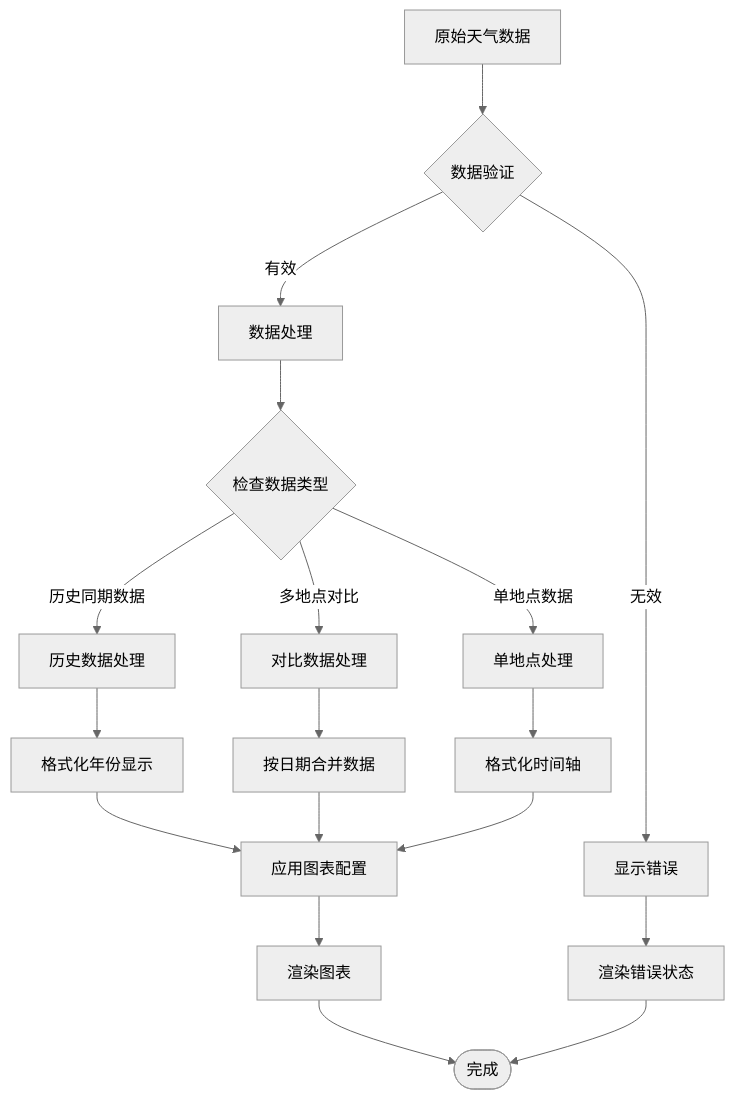
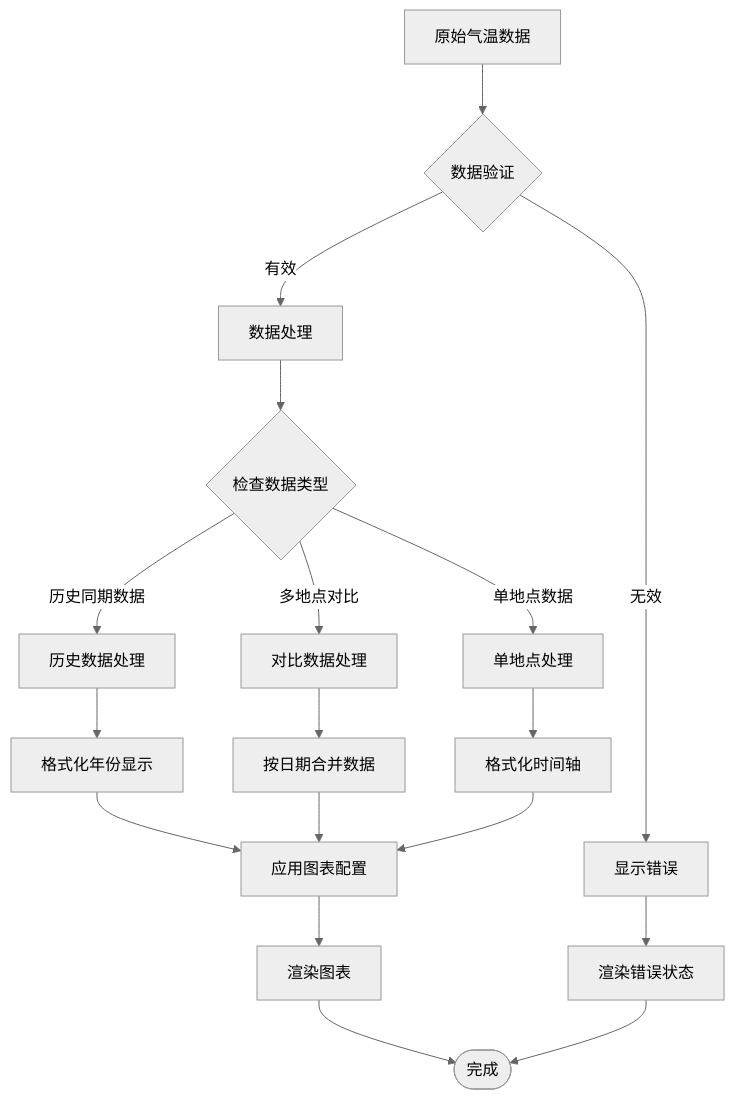
The tenth of 22 diagrams in docs/SYSTEM_ARCHITECTURE.md (pipi32167/historical_weather), drawn with Mermaid (neutral theme) before and after one commit. The commit also changed other lines of this file and 39 other files, not shown here.

````diff
--- a/docs/SYSTEM_ARCHITECTURE.md
+++ b/docs/SYSTEM_ARCHITECTURE.md
@@ -312,25 +312,25 @@
 ```mermaid
 flowchart TD
-    RawData[原始天气数据] --> DataValidation{数据验证}
+    RawData[原始气温数据] --> DataValidation{数据验证}
     DataValidation -->|有效| ProcessData[数据处理]
     DataValidation -->|无效| ShowError[显示错误]
     
     ProcessData --> CheckDataType{检查数据类型}
     CheckDataType -->|历史同期数据| HistoricalProcessing[历史数据处理]
     CheckDataType -->|多地点对比| ComparisonProcessing[对比数据处理]
     CheckDataType -->|单地点数据| SingleLocationProcessing[单地点处理]
     
     HistoricalProcessing --> FormatDates[格式化年份显示]
     ComparisonProcessing --> MergeByDate[按日期合并数据]
     SingleLocationProcessing --> FormatTimeline[格式化时间轴]
     
     FormatDates --> ApplyChartConfig[应用图表配置]
     MergeByDate --> ApplyChartConfig
     FormatTimeline --> ApplyChartConfig
     
     ApplyChartConfig --> RenderChart[渲染图表]
     ShowError --> RenderError[渲染错误状态]
     
     RenderChart --> End([完成])
     RenderError --> End
 ```
````
